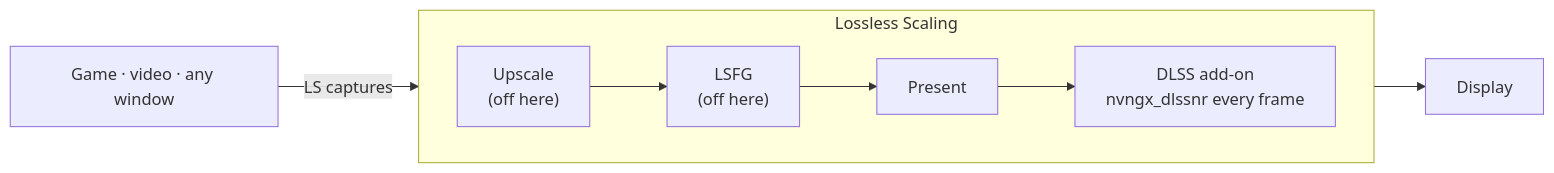
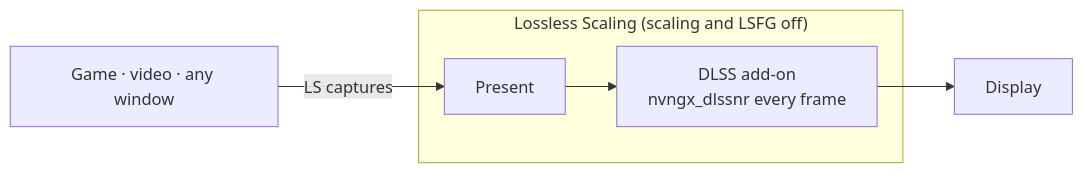
One commit to Won-Cafe/dlss5-anywhere changed the diagram in README.md. Above: the diagram before and after it, drawn with Mermaid. The commit also changed other lines of this file and 3 other files, not shown here.

````diff
--- a/README.md
+++ b/README.md
@@ -208,10 +188,8 @@
 ```mermaid
 flowchart LR
-    SRC["Game · video · any window"] -->|"LS captures"| UP
-    subgraph LS["Lossless Scaling"]
-        direction LR
-        UP["Upscale<br/>(off here)"] --> FG["LSFG<br/>(off here)"] --> PR["Present"]
-        PR --> NR["DLSS add-on<br/>nvngx_dlssnr every frame"]
+    SRC["Game · video · any window"] -->|"LS captures"| PR
+    subgraph LS["Lossless Scaling (scaling and LSFG off)"]
+        PR["Present"] --> NR["DLSS add-on<br/>nvngx_dlssnr every frame"]
     end
     NR --> OUT["Display"]
 ```
````
